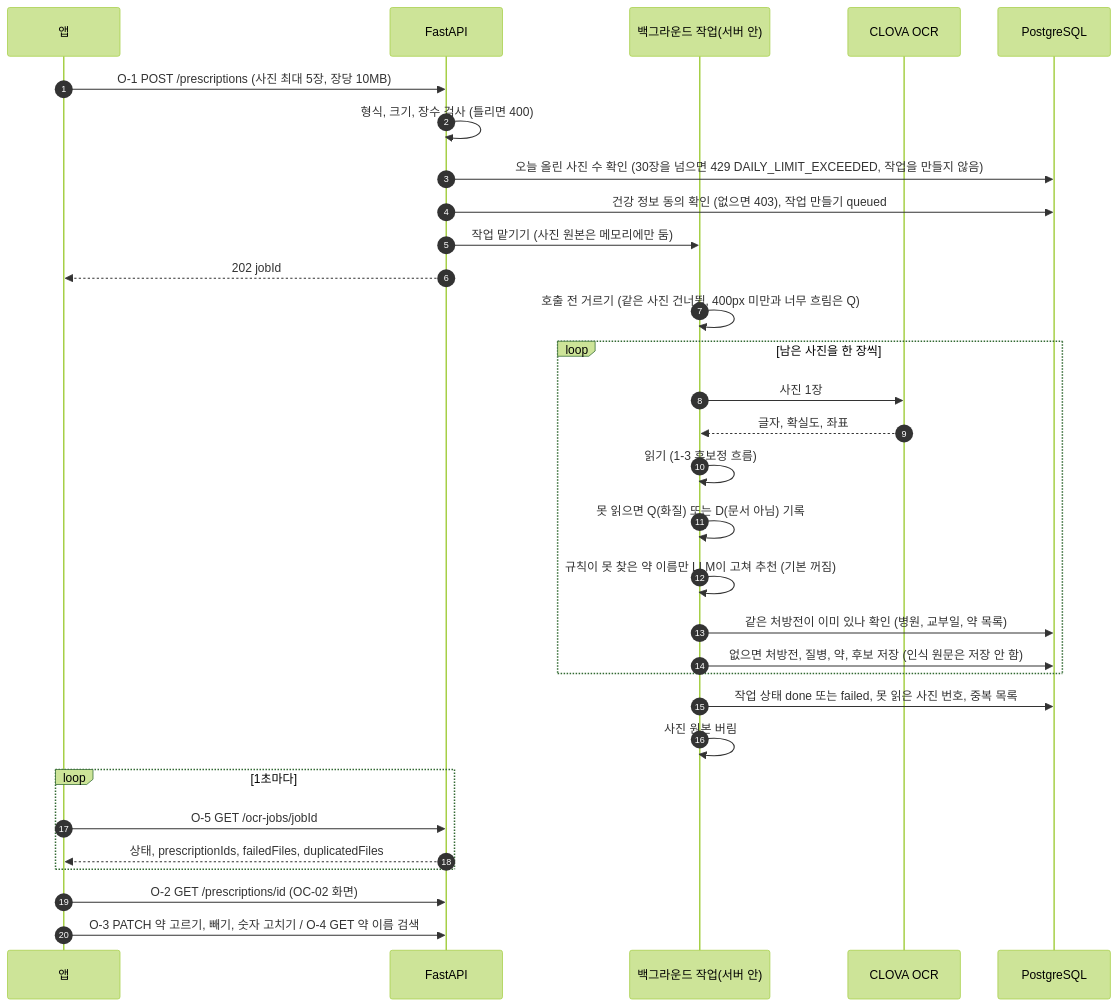
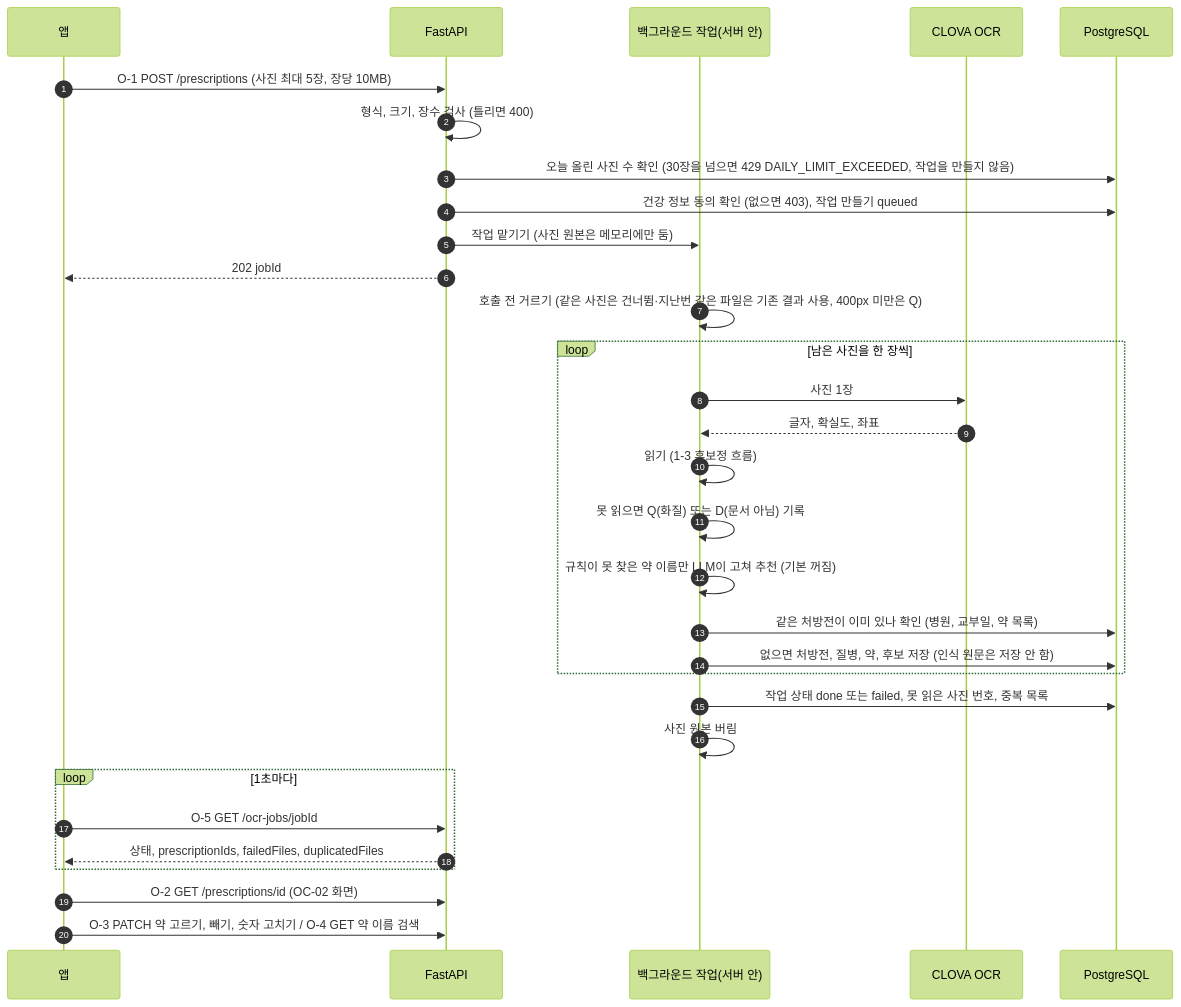
The second of 8 diagrams in docs/design/flowcharts_ocr_rag.md (AI-HealthCare-06/AH_06_05), drawn with Mermaid (forest theme) before and after one commit. The commit also changed other lines of this file and 10 other files, not shown here.

````diff
--- a/docs/design/flowcharts_ocr_rag.md
+++ b/docs/design/flowcharts_ocr_rag.md
@@ -57,33 +57,33 @@
 ```mermaid
 sequenceDiagram
     autonumber
     participant A as 앱
     participant F as FastAPI
     participant B as 백그라운드 작업(서버 안)
     participant C as CLOVA OCR
     participant D as PostgreSQL
     A->>F: O-1 POST /prescriptions (사진 최대 5장, 장당 10MB)
     F->>F: 형식, 크기, 장수 검사 (틀리면 400)
     F->>D: 오늘 올린 사진 수 확인 (30장을 넘으면 429 DAILY_LIMIT_EXCEEDED, 작업을 만들지 않음)
     F->>D: 건강 정보 동의 확인 (없으면 403), 작업 만들기 queued
     F->>B: 작업 맡기기 (사진 원본은 메모리에만 둠)
     F-->>A: 202 jobId
-    B->>B: 호출 전 거르기 (같은 사진 건너뜀, 400px 미만과 너무 흐림은 Q)
+    B->>B: 호출 전 거르기 (같은 사진은 건너뜀·지난번 같은 파일은 기존 결과 사용, 400px 미만은 Q)
     loop 남은 사진을 한 장씩
         B->>C: 사진 1장
         C-->>B: 글자, 확실도, 좌표
         B->>B: 읽기 (1-3 후보정 흐름)
         B->>B: 못 읽으면 Q(화질) 또는 D(문서 아님) 기록
         B->>B: 규칙이 못 찾은 약 이름만 LLM이 고쳐 추천 (기본 꺼짐)
         B->>D: 같은 처방전이 이미 있나 확인 (병원, 교부일, 약 목록)
         B->>D: 없으면 처방전, 질병, 약, 후보 저장 (인식 원문은 저장 안 함)
     end
     B->>D: 작업 상태 done 또는 failed, 못 읽은 사진 번호, 중복 목록
     B->>B: 사진 원본 버림
     loop 1초마다
         A->>F: O-5 GET /ocr-jobs/jobId
         F-->>A: 상태, prescriptionIds, failedFiles, duplicatedFiles
     end
     A->>F: O-2 GET /prescriptions/id (OC-02 화면)
     A->>F: O-3 PATCH 약 고르기, 빼기, 숫자 고치기 / O-4 GET 약 이름 검색
 ```
````
